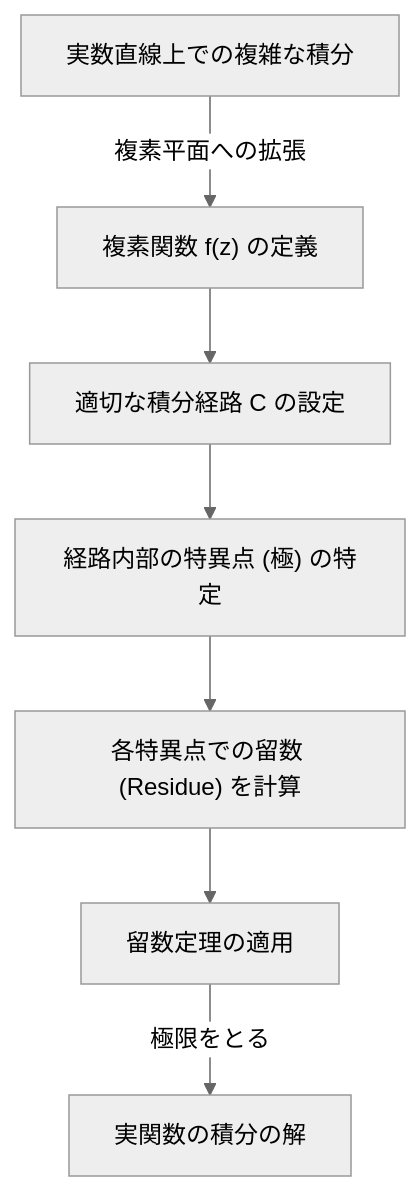
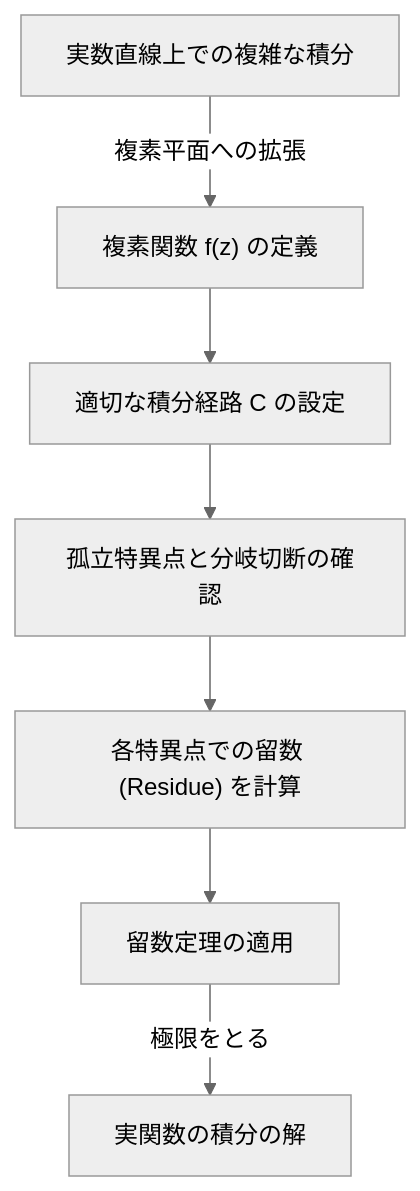
The first of 3 diagrams in content/post/residue-theorem/index.md (kenjinote/blog), drawn with Mermaid (neutral theme) before and after one commit. The commit also changed other lines of this file and 8 other files, not shown here.

````diff
--- a/content/post/residue-theorem/index.md
+++ b/content/post/residue-theorem/index.md
@@ -33,9 +34,9 @@
 ```mermaid
 flowchart TD
     A["実数直線上での複雑な積分"] -->|"複素平面への拡張"| B["複素関数 f(z) の定義"]
     B --> C["適切な積分経路 C の設定"]
-    C --> D["経路内部の特異点 (極) の特定"]
+    C --> D["孤立特異点と分岐切断の確認"]
     D --> E["各特異点での留数 (Residue) を計算"]
     E --> F["留数定理の適用"]
     F -->|"極限をとる"| G["実関数の積分の解"]
 ```
````
